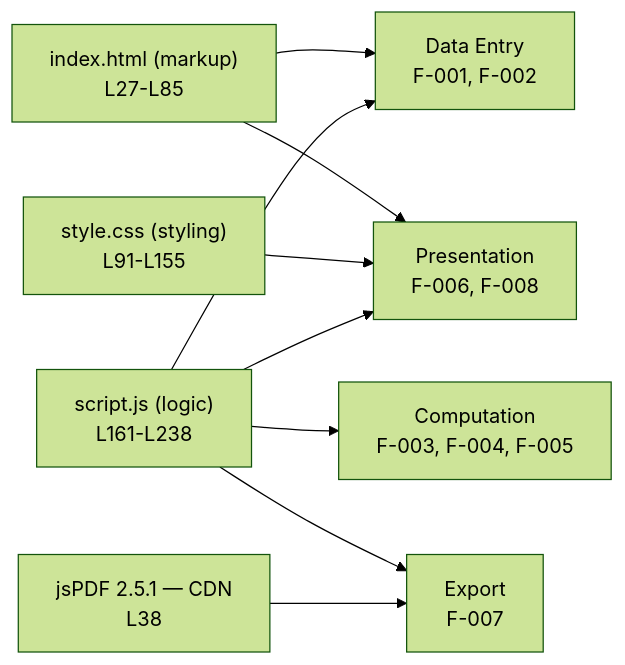
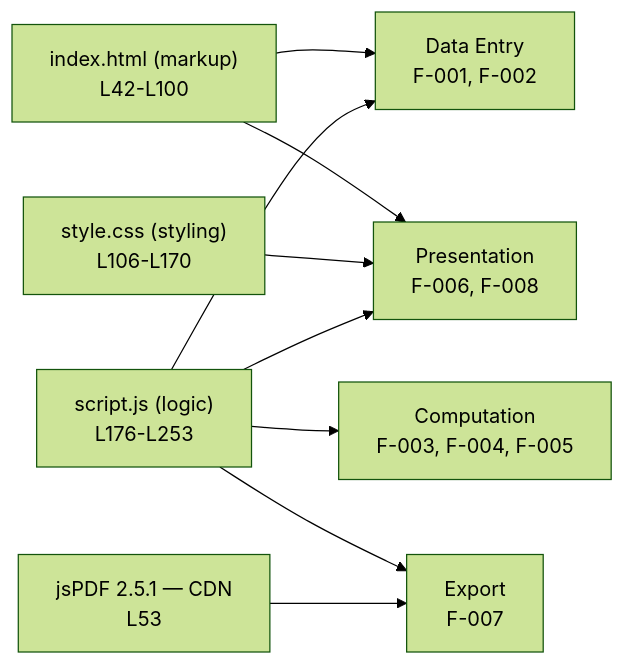
Before and after one commit to ajitblitzy/Student_Mngt_09-Jun-2026: the diagram in docs/index.md, drawn with Mermaid (forest theme). The commit also changed other lines of this file and 17 other files, not shown here.

````diff
--- a/docs/index.md
+++ b/docs/index.md
@@ -35,16 +35,16 @@
 ```mermaid
 flowchart LR
-    HTML["index.html (markup)<br/>L27-L85"]
-    CSS["style.css (styling)<br/>L91-L155"]
-    JS["script.js (logic)<br/>L161-L238"]
-    DEP["jsPDF 2.5.1 — CDN<br/>L38"]
+    HTML["index.html (markup)<br/>L42-L100"]
+    CSS["style.css (styling)<br/>L106-L170"]
+    JS["script.js (logic)<br/>L176-L253"]
+    DEP["jsPDF 2.5.1 — CDN<br/>L53"]
 
     HTML --> DE["Data Entry<br/>F-001, F-002"]
     JS --> DE
     JS --> CO["Computation<br/>F-003, F-004, F-005"]
     HTML --> PR["Presentation<br/>F-006, F-008"]
     CSS --> PR
     JS --> PR
     JS --> EX["Export<br/>F-007"]
     DEP --> EX
 ```
````
